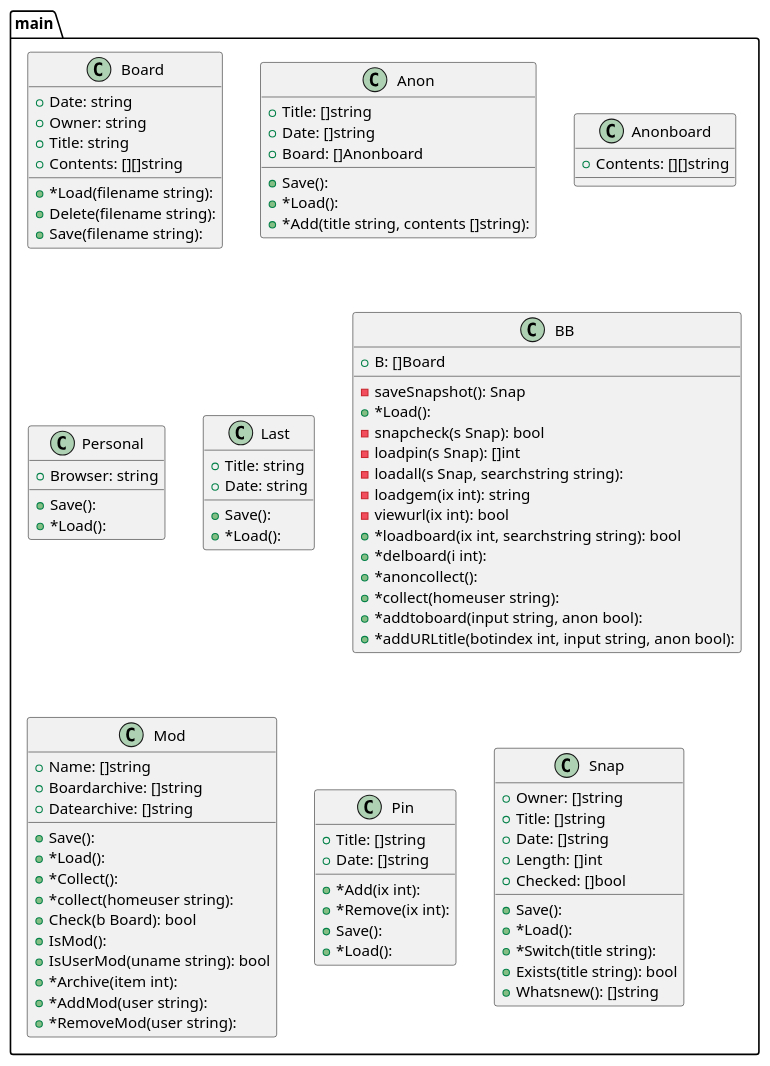
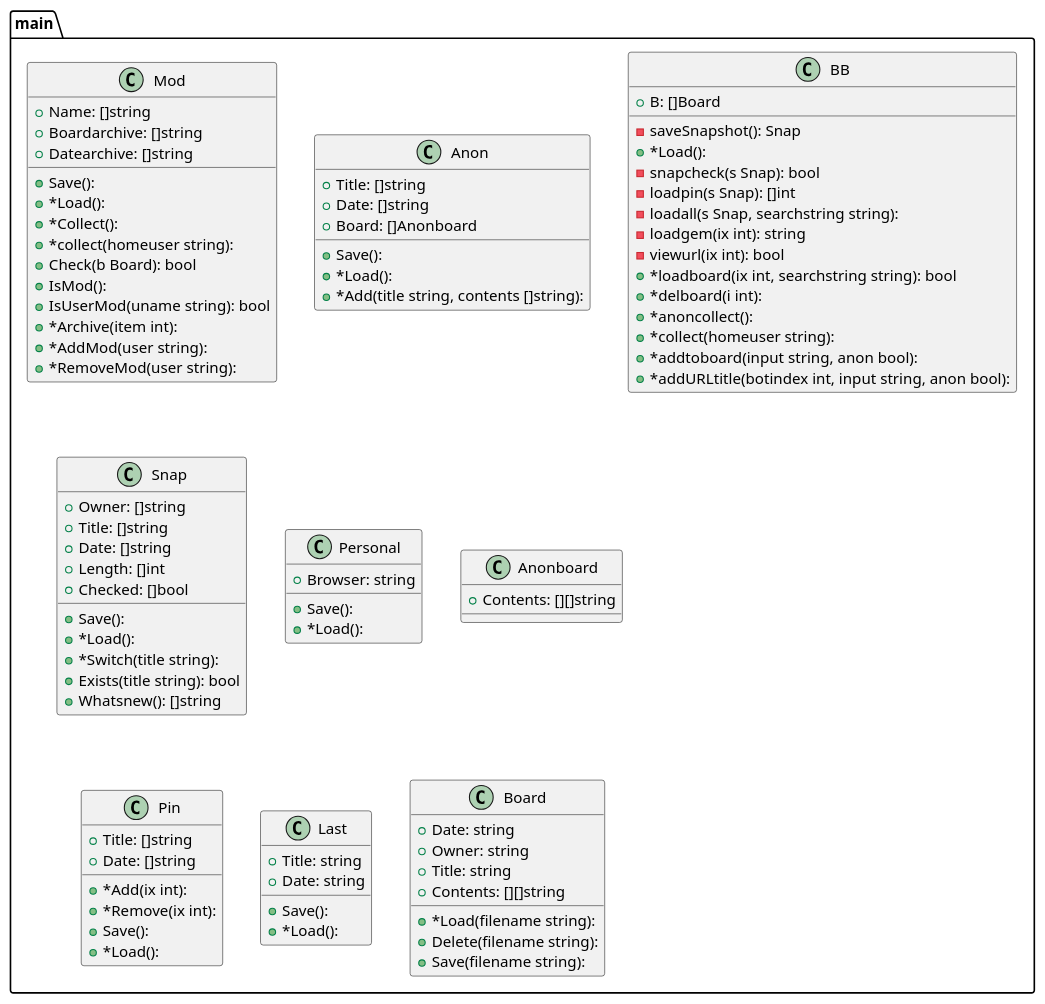
Before and after one commit to tbal999/bb: the diagram in graph.puml, drawn with PlantUML. The commit also changed other lines of this file and 1 other file, not shown here.

```diff
--- a/graph.puml
+++ b/graph.puml
@@ -1,104 +1,104 @@
 @startuml
 package ...main{
-class Board {
-+Date: string
-+Owner: string
-+Title: string
-+Contents: [][]string
-+*Load(filename string): 
-+Delete(filename string): 
-+Save(filename string): 
+class Mod {
++Name: []string
++Boardarchive: []string
++Datearchive: []string
++Save(): 
++*Load(): 
++*Collect(): 
++*collect(homeuser string): 
++Check(b Board): bool
++IsMod(): 
++IsUserMod(uname string): bool
++*Archive(item int): 
++*AddMod(user string): 
++*RemoveMod(user string): 
 }
 }
 package ...main{
 class Anon {
 +Title: []string
 +Date: []string
 +Board: []Anonboard
 +Save(): 
 +*Load(): 
 +*Add(title string, contents []string): 
-}
-}
-package ...main{
-class Anonboard {
-+Contents: [][]string
-
-}
-}
-package ...main{
-class Personal {
-+Browser: string
-+Save(): 
-+*Load(): 
-}
-}
-package ...main{
-class Last {
-+Title: string
-+Date: string
-+Save(): 
-+*Load(): 
 }
 }
 package ...main{
 class BB {
 +B: []Board
 -saveSnapshot(): Snap
 +*Load(): 
 -snapcheck(s Snap): bool
 -loadpin(s Snap): []int
 -loadall(s Snap, searchstring string): 
 -loadgem(ix int): string
 -viewurl(ix int): bool
 +*loadboard(ix int, searchstring string): bool
 +*delboard(i int): 
 +*anoncollect(): 
 +*collect(homeuser string): 
 +*addtoboard(input string, anon bool): 
 +*addURLtitle(botindex int, input string, anon bool): 
 }
 }
 package ...main{
-class Mod {
-+Name: []string
-+Boardarchive: []string
-+Datearchive: []string
+class Snap {
++Owner: []string
++Title: []string
++Date: []string
++Length: []int
++Checked: []bool
 +Save(): 
 +*Load(): 
-+*Collect(): 
-+*collect(homeuser string): 
-+Check(b Board): bool
-+IsMod(): 
-+IsUserMod(uname string): bool
-+*Archive(item int): 
-+*AddMod(user string): 
-+*RemoveMod(user string): 
++*Switch(title string): 
++Exists(title string): bool
++Whatsnew(): []string
+}
+}
+package ...main{
+class Personal {
++Browser: string
++Save(): 
++*Load(): 
+}
+}
+package ...main{
+class Anonboard {
++Contents: [][]string
+
 }
 }
 package ...main{
 class Pin {
 +Title: []string
 +Date: []string
 +*Add(ix int): 
 +*Remove(ix int): 
 +Save(): 
 +*Load(): 
 }
 }
 package ...main{
-class Snap {
-+Owner: []string
-+Title: []string
-+Date: []string
-+Length: []int
-+Checked: []bool
+class Last {
++Title: string
++Date: string
 +Save(): 
 +*Load(): 
-+*Switch(title string): 
-+Exists(title string): bool
-+Whatsnew(): []string
+}
+}
+package ...main{
+class Board {
++Date: string
++Owner: string
++Title: string
++Contents: [][]string
++*Load(filename string): 
++Delete(filename string): 
++Save(filename string): 
 }
 }
 
 @enduml
```
